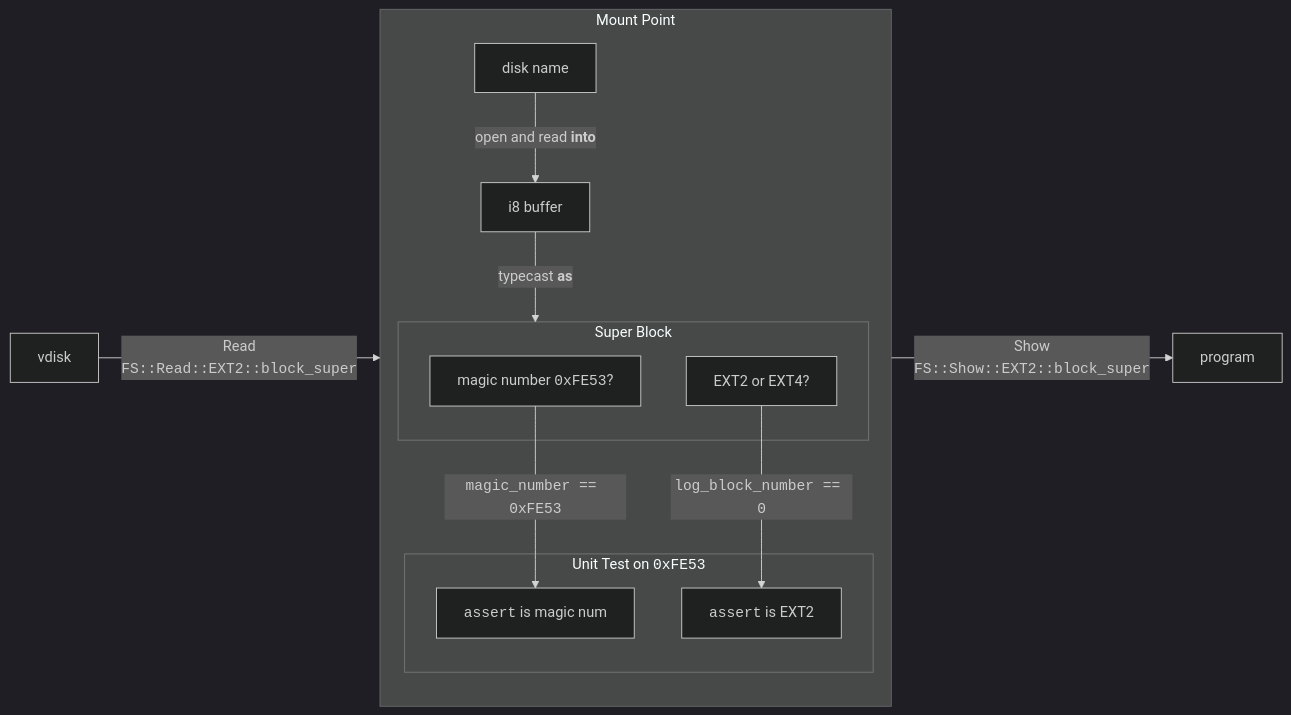
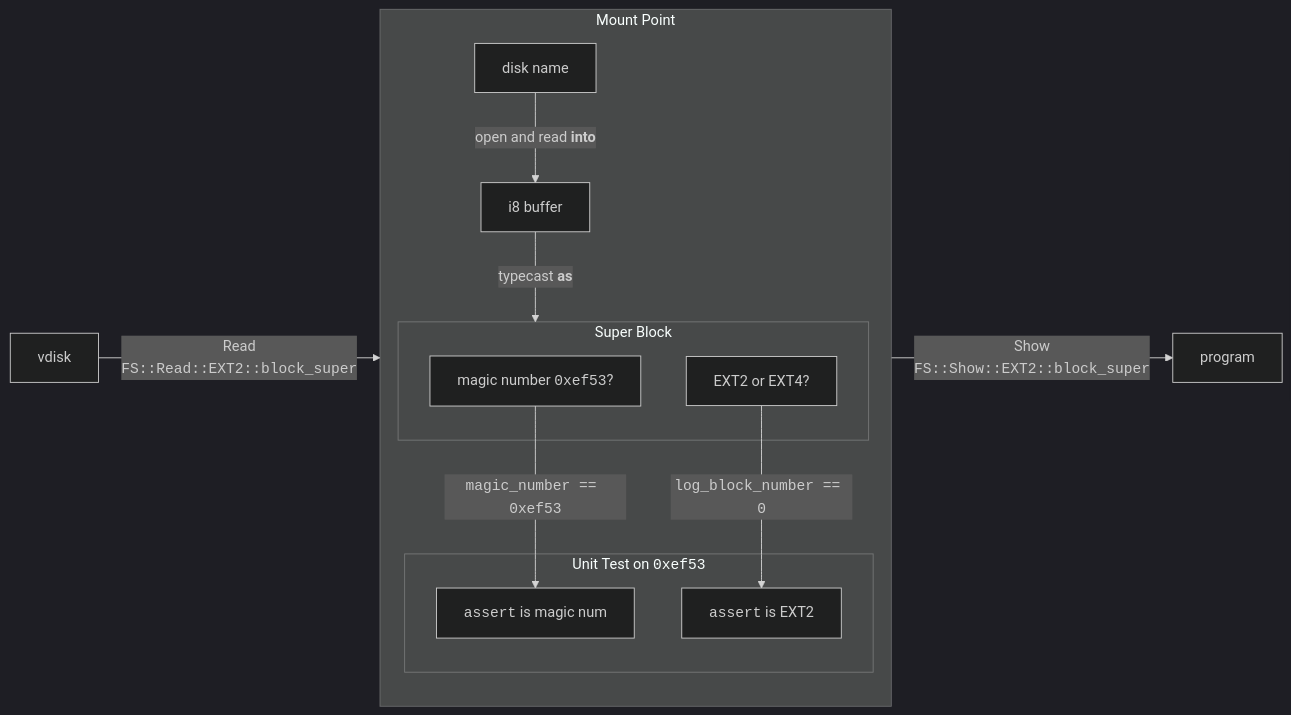
One commit to nkarl/wsu-cpts-360-project changed the diagram in model/system-test/strategy.md. Above: the diagram before and after it, drawn with Mermaid (dark theme).

Commit message:
Fixed incorrect value of magic number in testing strategy doc.

````diff
--- a/model/system-test/strategy.md
+++ b/model/system-test/strategy.md
@@ -10,22 +10,22 @@
 ```mermaid
 graph LR
 vdisk
 program
 subgraph mount_point[Mount Point]
     subgraph super_block[Super Block]
-        magic_number["magic number <code>0xFE53</code>?"]
+        magic_number["magic number <code>0xef53</code>?"]
         log_block_number["EXT2 or EXT4?"]
     end
     disk_name[disk name]
     i8_buffer[i8 buffer]
     super_block[SUPER block]
     disk_name -->|open and read <strong>into</strong>|i8_buffer
     i8_buffer -->|typecast <strong>as</strong>| super_block
-    subgraph unit_test[Unit Test on <code>0xFE53</code>]
-        magic_number -->|<code>magic_number == 0xFE53</code>| isMagic[<code>assert</code> is magic num]
+    subgraph unit_test[Unit Test on <code>0xef53</code>]
+        magic_number -->|<code>magic_number == 0xef53</code>| isMagic[<code>assert</code> is magic num]
         log_block_number -->|"<code>log_block_number == 0</code>"| isEXT2[<code>assert</code> is EXT2]
     end
 end
 vdisk -->|Read<br><code>FS::Read::EXT2::block_super</code>| mount_point
 mount_point -->|Show<br><code>FS::Show::EXT2::block_super</code>| program
 ```
````
